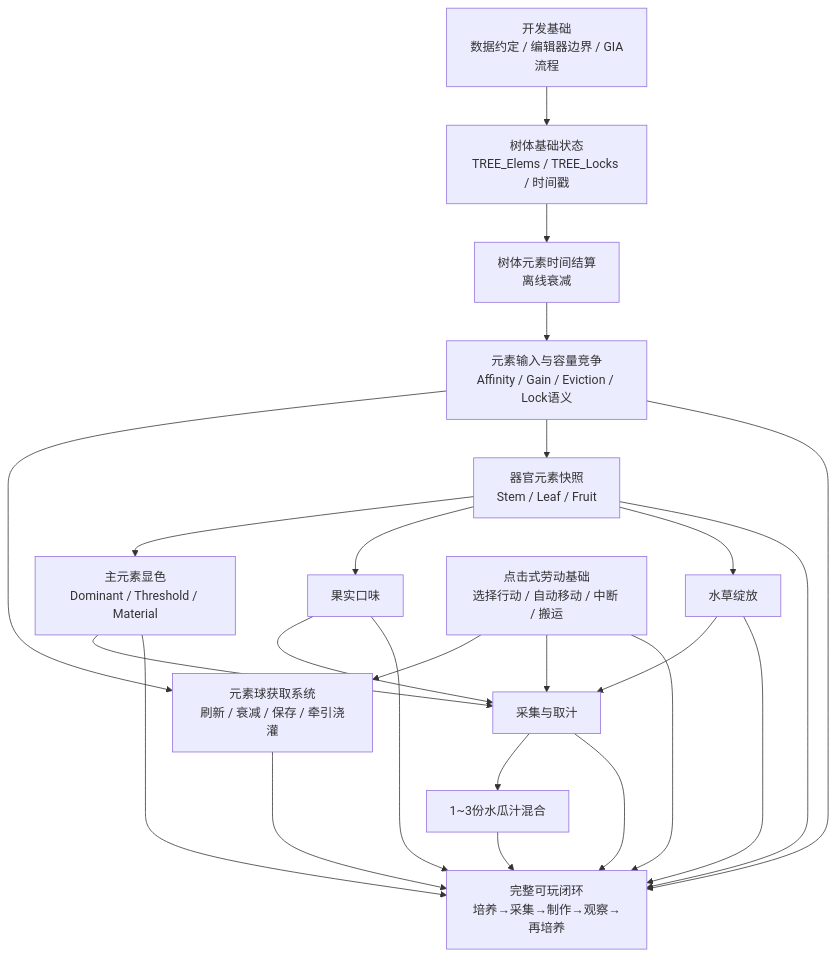
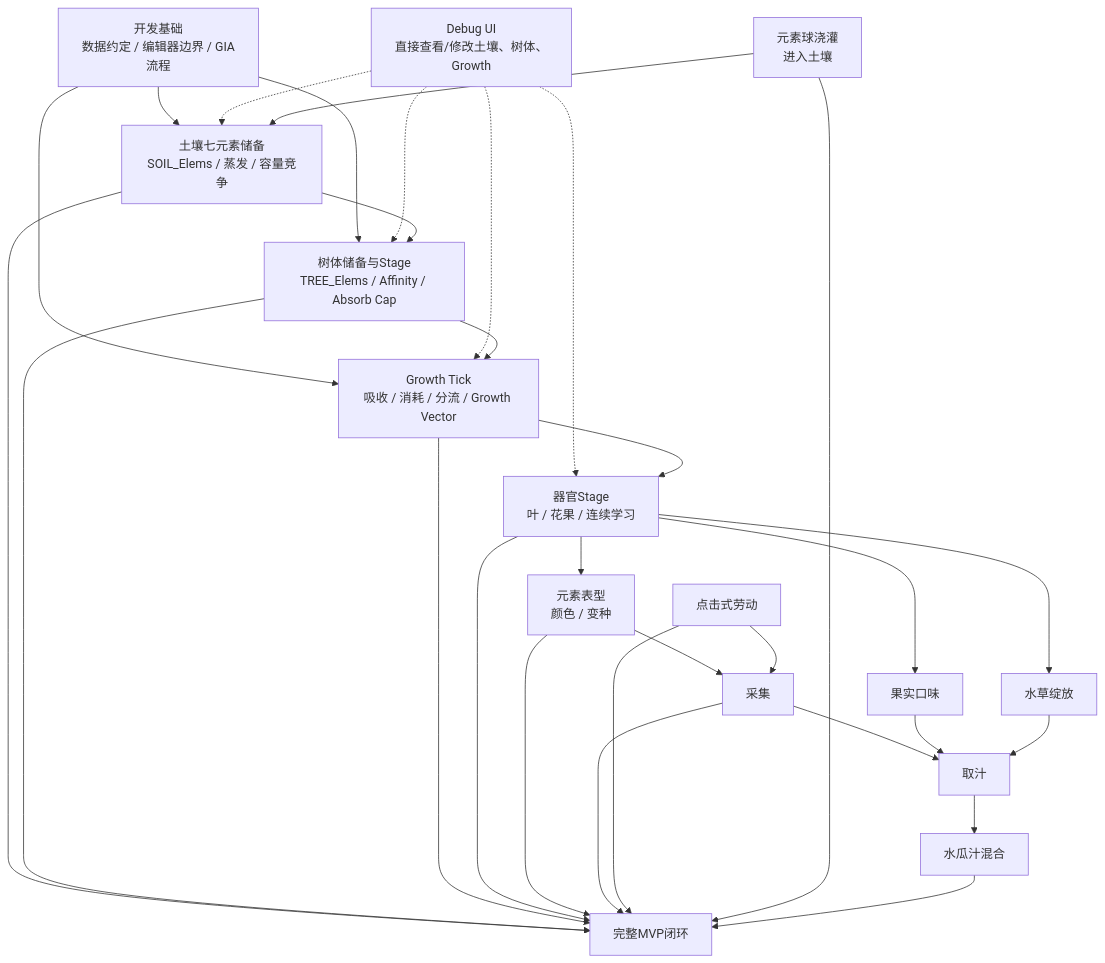
One commit to Ri0n72Y/idea-slime-bar changed the first of 3 diagrams in mvp/watermelon-kitchen/implementation-roadmap.md. Above: the diagram before and after it, drawn with Mermaid. The commit also changed other lines of this file, not shown here.

Commit message:
docs: refactor roadmap around nutrient growth ticks

````diff
--- a/mvp/watermelon-kitchen/implementation-roadmap.md
+++ b/mvp/watermelon-kitchen/implementation-roadmap.md
@@ -16,50 +16,55 @@
 ```mermaid
 flowchart TD
     A[开发基础<br/>数据约定 / 编辑器边界 / GIA流程]
+    DBG[Debug UI<br/>直接查看/修改土壤、树体、Growth]
 
-    B[树体基础状态<br/>TREE_Elems / TREE_Locks / 时间戳]
-    C[树体元素时间结算<br/>离线衰减]
-    D[元素输入与容量竞争<br/>Affinity / Gain / Eviction / Lock语义]
+    S[土壤七元素储备<br/>SOIL_Elems / 蒸发 / 容量竞争]
+    T[树体储备与Stage<br/>TREE_Elems / Affinity / Absorb Cap]
+    GT[Growth Tick<br/>吸收 / 消耗 / 分流 / Growth Vector]
+    O[器官Stage<br/>叶 / 花果 / 连续学习]
+    V[元素表型<br/>颜色 / 变种]
+    H[采集]
+    I[点击式劳动]
+    EB[元素球浇灌<br/>进入土壤]
 
-    E[元素球获取系统<br/>刷新 / 衰减 / 保存 / 牵引浇灌]
-    F[器官元素快照<br/>Stem / Leaf / Fruit]
-    G[主元素显色<br/>Dominant / Threshold / Material]
+    F7[果实口味]
+    F8[水草绽放]
+    F9[取汁]
+    F10[水瓜汁混合]
+    M[完整MVP闭环]
 
-    H[果实口味]
-    I[水草绽放]
-    J[采集与取汁]
-    K[1~3份水瓜汁混合]
+    A --> S
+    A --> T
+    A --> GT
 
-    L[点击式劳动基础<br/>选择行动 / 自动移动 / 中断 / 搬运]
-    M[完整可玩闭环<br/>培养→采集→制作→观察→再培养]
+    DBG -.-> S
+    DBG -.-> T
+    DBG -.-> GT
+    DBG -.-> O
 
-    A --> B
-    B --> C
-    C --> D
+    S --> T
+    T --> GT
+    GT --> O
+    O --> V
+    V --> H
+    I --> H
 
-    D --> E
-    D --> F
+    EB --> S
 
-    F --> G
-    F --> H
-    F --> I
+    O --> F7
+    O --> F8
+    H --> F9
+    F7 --> F9
+    F8 --> F9
+    F9 --> F10
 
-    G --> J
-    H --> J
-    I --> J
-
-    J --> K
-
-    L --> E
-    L --> J
-
-    D --> M
-    E --> M
-    F --> M
-    G --> M
+    S --> M
+    T --> M
+    GT --> M
+    O --> M
+    V --> M
     H --> M
     I --> M
-    J --> M
-    K --> M
-    L --> M
+    EB --> M
+    F10 --> M
 ```
````
